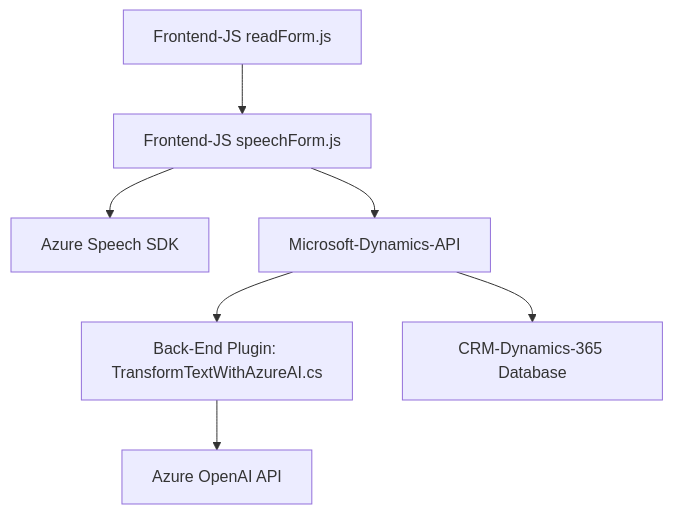
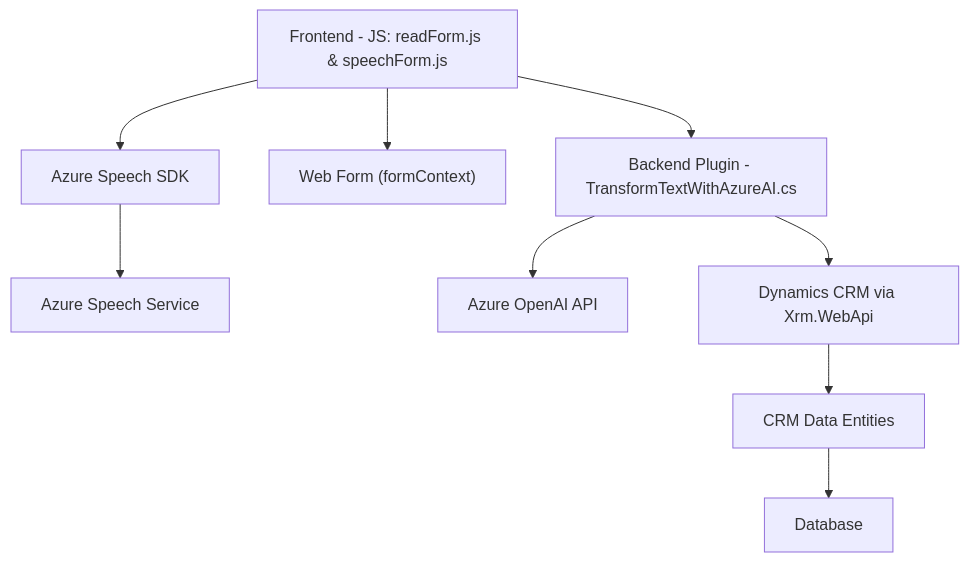
One commit to blopezdm/NETCORE_BILBAO2025 changed the diagram in README.md. Above: the diagram before and after it, drawn with Mermaid. The commit also changed other lines of this file, not shown here.

````diff
--- a/README.md
+++ b/README.md
@@ -57,9 +44,11 @@
 ```mermaid
 graph TD
-    A["Frontend-JS readForm.js"] --> B["Frontend-JS speechForm.js"]
-    B --> C["Azure Speech SDK"]
-    B --> D["Microsoft-Dynamics-API"]
-    D --> F["Back-End Plugin: TransformTextWithAzureAI.cs"]
-    F --> E["Azure OpenAI API"]
-    D --> G["CRM-Dynamics-365 Database"]
+    A["Frontend - JS: readForm.js & speechForm.js"] --> B["Azure Speech SDK"]
+    A --> C["Web Form (formContext)"]
+    A --> D["Backend Plugin - TransformTextWithAzureAI.cs"]
+    B --> E["Azure Speech Service"]
+    D --> F["Azure OpenAI API"]
+    D --> G["Dynamics CRM via Xrm.WebApi"]
+    G --> H["CRM Data Entities"]
+    H --> I["Database"]
 ```
````
